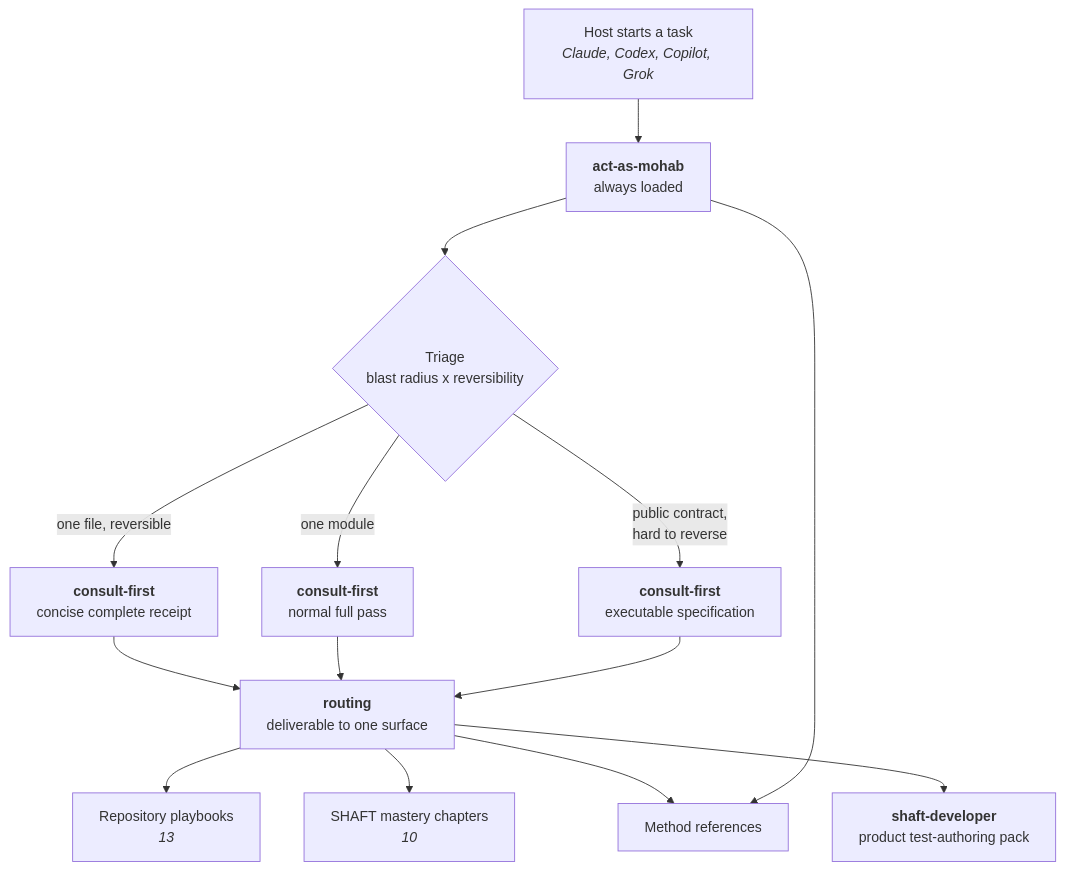
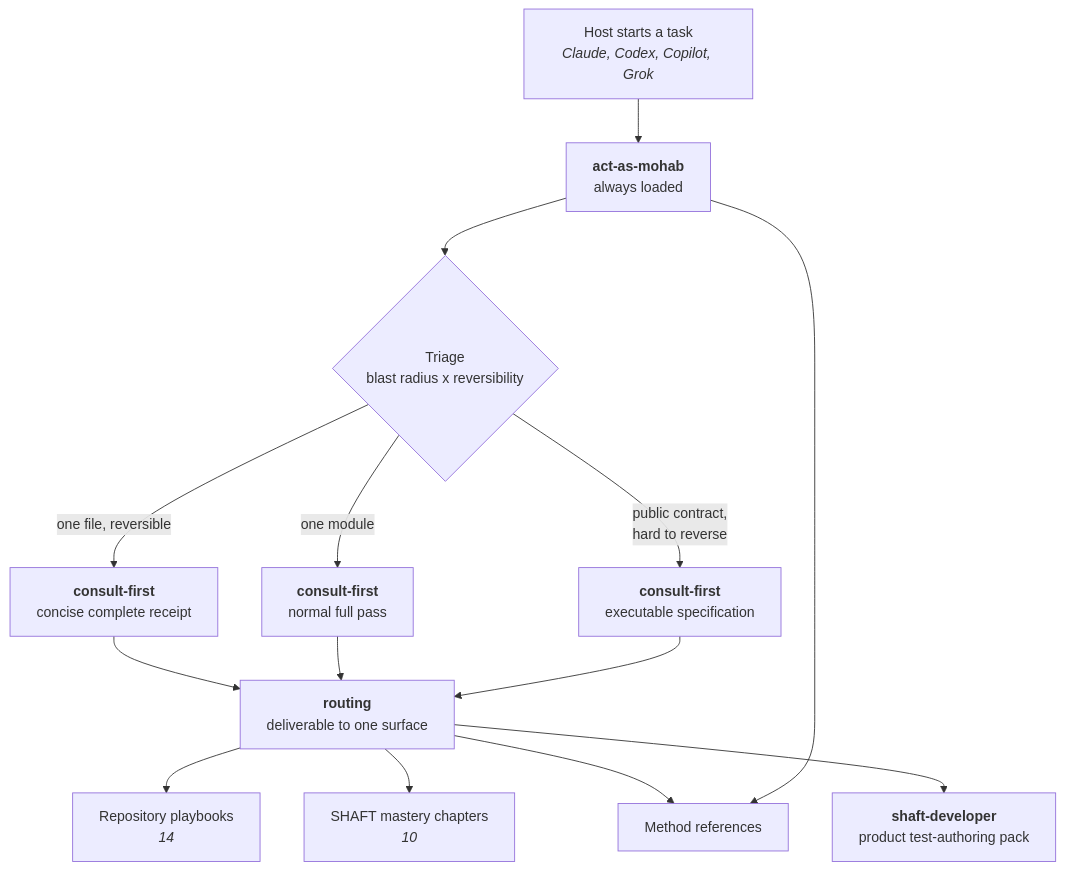
One commit to ShaftHQ/SHAFT_ENGINE changed the first of 4 diagrams in .agents/skills/README.md. Above: the diagram before and after it, drawn with Mermaid. The commit also changed other lines of this file and 2 other files, not shown here.

Commit message:
fix(harness): inventory local-coding-delegate and ship vendor LICENSE/js in assemble (#5081)

````diff
--- a/.agents/skills/README.md
+++ b/.agents/skills/README.md
@@ -20,22 +20,22 @@
 ```mermaid
 flowchart TD
     H["Host starts a task<br/><i>Claude, Codex, Copilot, Grok</i>"] --> E
 
     E["<b>act-as-mohab</b><br/>always loaded"]
     E --> T{"Triage<br/>blast radius x reversibility"}
 
     T -->|"one file, reversible"| GO["<b>consult-first</b><br/>concise complete receipt"]
     T -->|"one module"| C["<b>consult-first</b><br/>normal full pass"]
     T -->|"public contract,<br/>hard to reverse"| CF["<b>consult-first</b><br/>executable specification"]
 
     GO --> R
     C --> R
     CF --> R
 
     R["<b>routing</b><br/>deliverable to one surface"]
-    R --> P["Repository playbooks<br/><i>13</i>"]
+    R --> P["Repository playbooks<br/><i>14</i>"]
     R --> M["SHAFT mastery chapters<br/><i>10</i>"]
     R --> D["Method references"]
     E --> D
     R --> S["<b>shaft-developer</b><br/>product test-authoring pack"]
 ```
````
